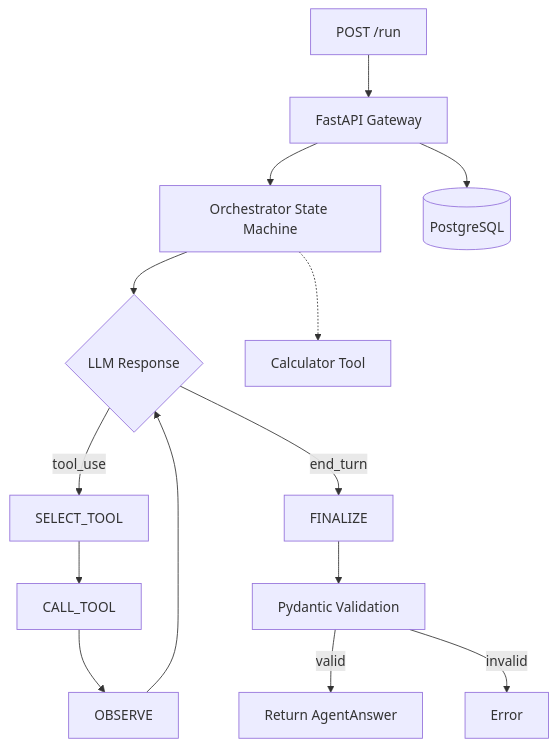
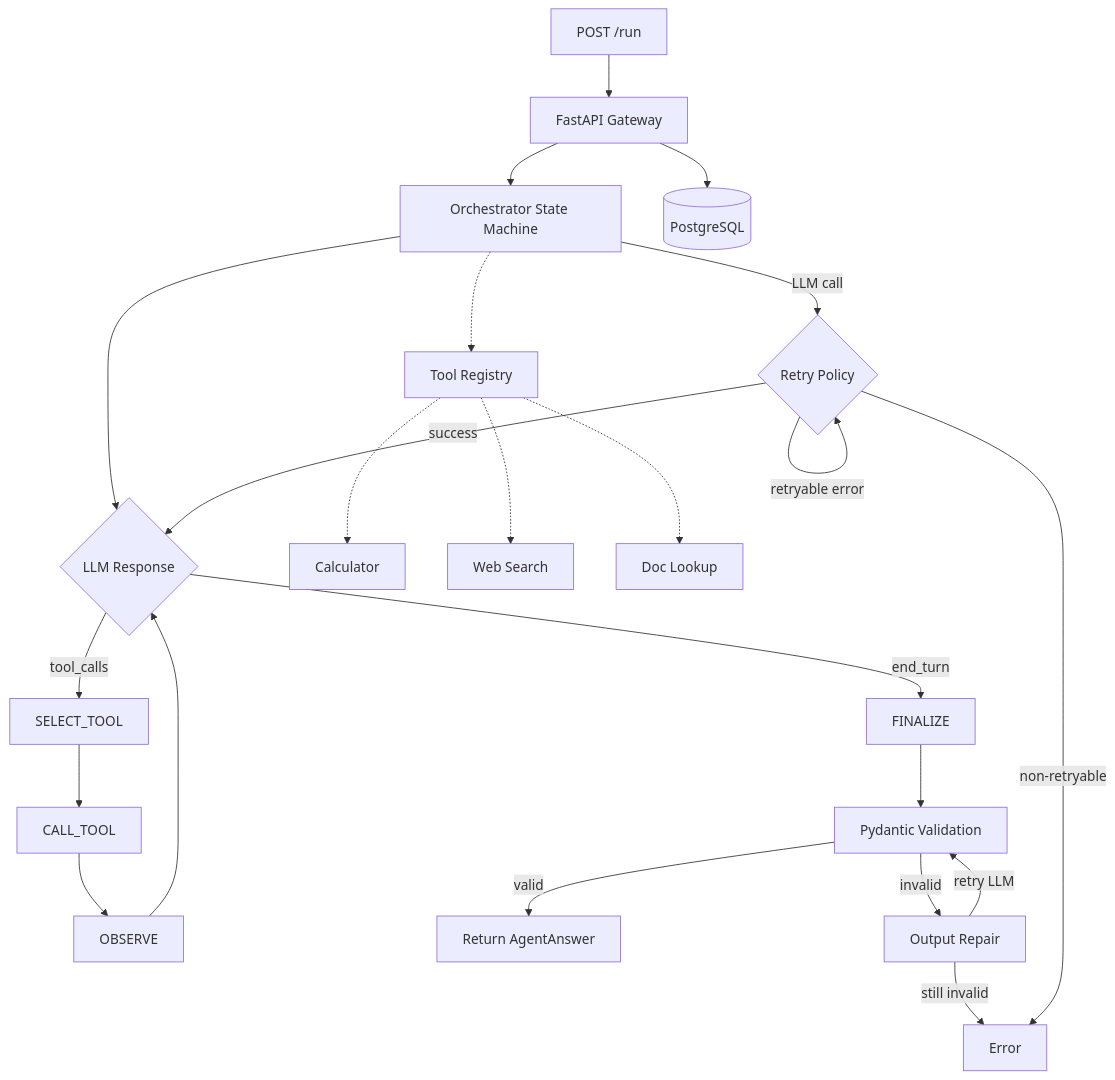
The diagram in docs/ARCHITECTURE.md (pranavsharma-dev/agent-platform), drawn with Mermaid before and after one commit. The commit also changed other lines of this file and 26 other files, not shown here.

First line of the commit message:
feat: add tool registry, retry with backoff, and structured output repair

````diff
--- a/docs/ARCHITECTURE.md
+++ b/docs/ARCHITECTURE.md
@@ -5,17 +5,27 @@
 ```mermaid
 graph TD
     A[POST /run] --> B[FastAPI Gateway]
     B --> C[Orchestrator State Machine]
     C --> D{LLM Response}
-    D -->|tool_use| E[SELECT_TOOL]
+    D -->|tool_calls| E[SELECT_TOOL]
     E --> F[CALL_TOOL]
     F --> G[OBSERVE]
     G --> D
     D -->|end_turn| H[FINALIZE]
     H --> I[Pydantic Validation]
     I -->|valid| J[Return AgentAnswer]
-    I -->|invalid| K[Error]
+    I -->|invalid| K[Output Repair]
+    K -->|retry LLM| I
+    K -->|still invalid| L[Error]
 
-    C -.-> L[Calculator Tool]
-    B --> M[(PostgreSQL)]
+    C -.-> M[Tool Registry]
+    M -.-> N[Calculator]
+    M -.-> O[Web Search]
+    M -.-> P[Doc Lookup]
+    B --> Q[(PostgreSQL)]
+
+    C -->|LLM call| R{Retry Policy}
+    R -->|retryable error| R
+    R -->|non-retryable| L
+    R -->|success| D
 ```
````
